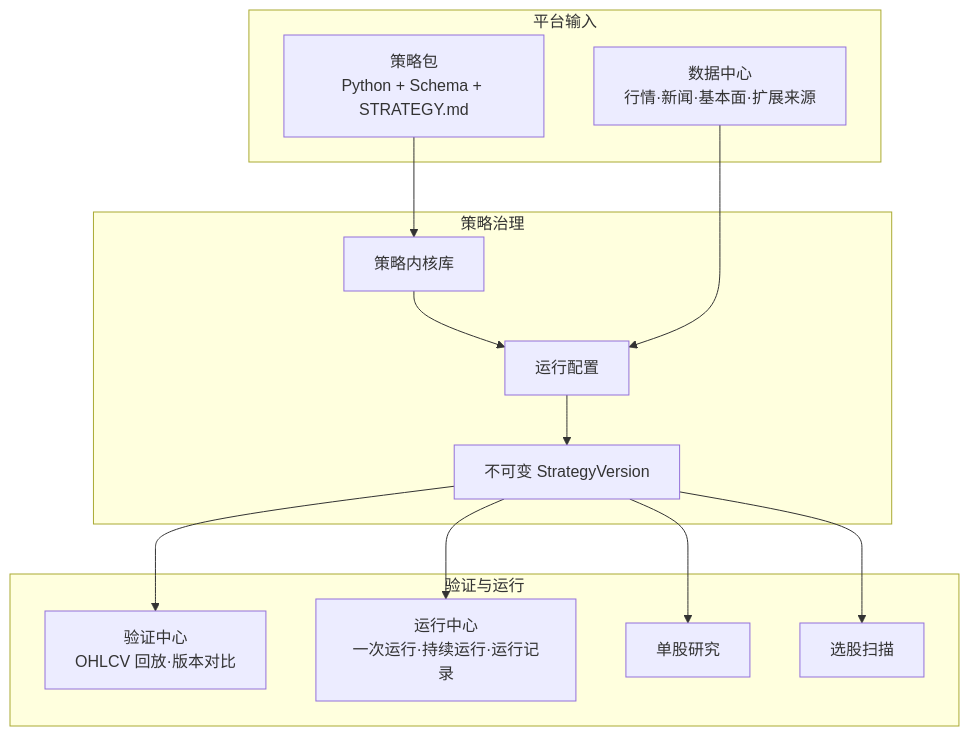
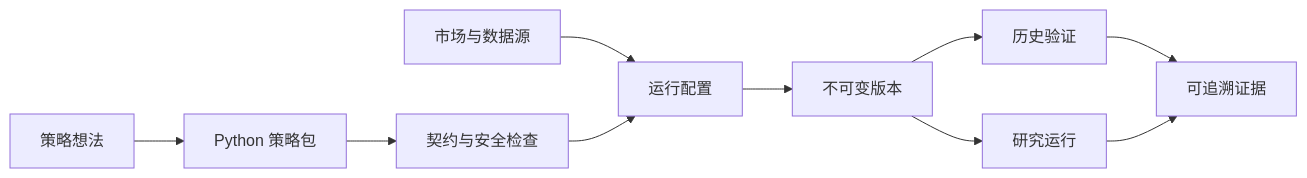
Before and after one commit to EthanAlgoX/LLM-TradeBot: the diagram in README.md, drawn with Mermaid. The commit also changed other lines of this file and 4 other files, not shown here.

````diff
--- a/README.md
+++ b/README.md
@@ -67,29 +55,12 @@
 ```mermaid
-flowchart TB
-    subgraph Inputs["平台输入"]
-        DC["数据中心<br/>行情·新闻·基本面·扩展来源"]
-        PKG["策略包<br/>Python + Schema + STRATEGY.md"]
-    end
-
-    subgraph Governance["策略治理"]
-        KR["策略内核库"]
-        CFG["运行配置"]
-        VER["不可变 StrategyVersion"]
-    end
-
-    subgraph Products["验证与运行"]
-        VAL["验证中心<br/>OHLCV 回放·版本对比"]
-        RUN["运行中心<br/>一次运行·持续运行·运行记录"]
-        RES["单股研究"]
-        SCAN["选股扫描"]
-    end
-
-    PKG --> KR
-    KR --> CFG
-    DC --> CFG
-    CFG --> VER
-    VER --> VAL
-    VER --> RUN
-    VER --> RES
-    VER --> SCAN
+flowchart LR
+    IDEA["策略想法"] --> PKG["Python 策略包"]
+    PKG --> CHECK["契约与安全检查"]
+    DATA["市场与数据源"] --> CONFIG["运行配置"]
+    CHECK --> CONFIG
+    CONFIG --> VERSION["不可变版本"]
+    VERSION --> VALIDATE["历史验证"]
+    VERSION --> RUN["研究运行"]
+    VALIDATE --> EVIDENCE["可追溯证据"]
+    RUN --> EVIDENCE
 ```
````
